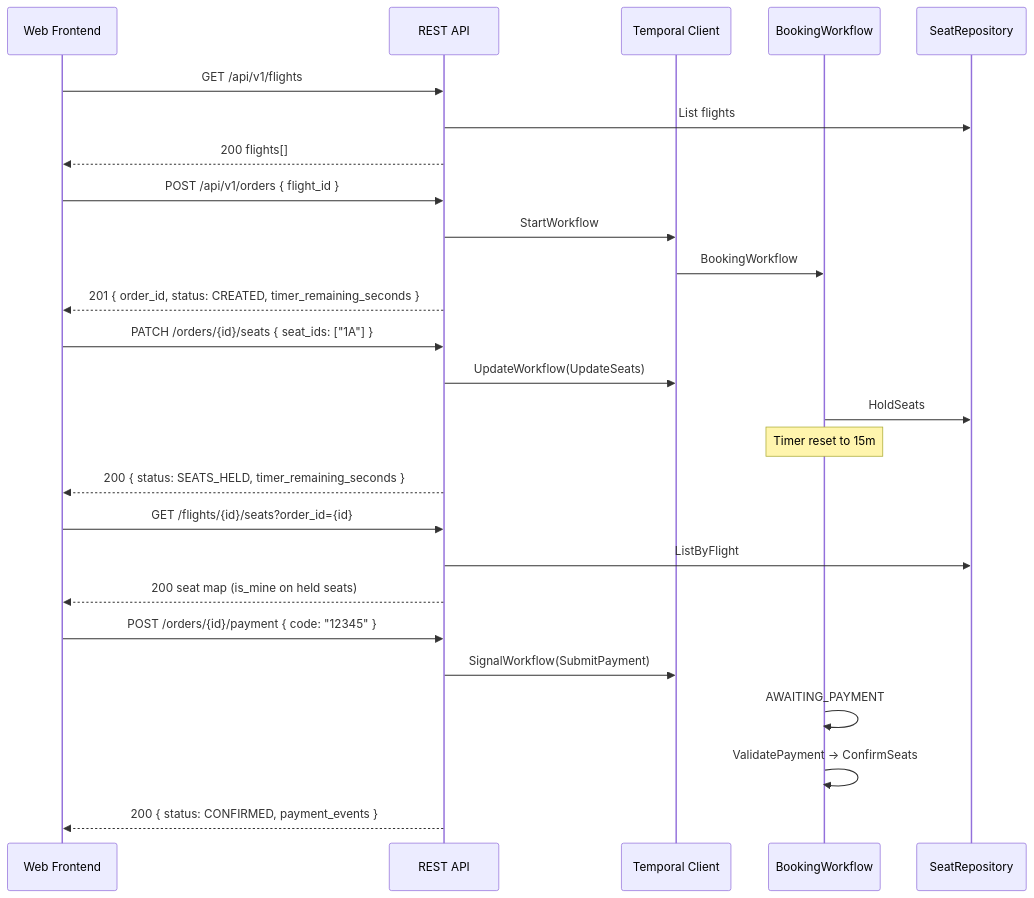
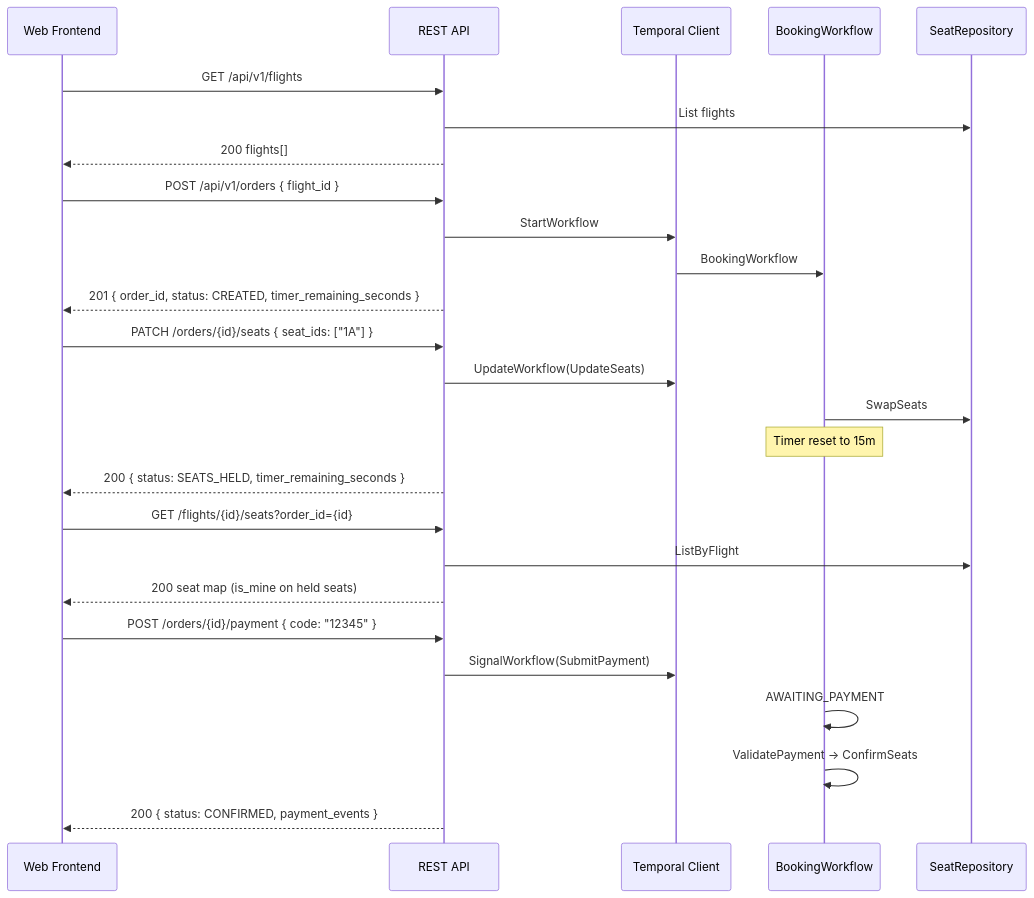
The third of 7 diagrams in docs/design_overview.md (YanShlain/surfai), drawn with Mermaid before and after one commit. The commit also changed other lines of this file and 24 other files, not shown here.

First line of the commit message:
feat(booking): workflow updates, SwapHold, and hold reconciliation

````diff
--- a/docs/design_overview.md
+++ b/docs/design_overview.md
@@ -148,33 +151,33 @@
 ```mermaid
 sequenceDiagram
   participant UI as Web Frontend
   participant API as REST API
   participant TC as Temporal Client
   participant WF as BookingWorkflow
   participant SR as SeatRepository
 
   UI->>API: GET /api/v1/flights
   API->>SR: List flights
   API-->>UI: 200 flights[]
 
   UI->>API: POST /api/v1/orders { flight_id }
   API->>TC: StartWorkflow
   TC->>WF: BookingWorkflow
   API-->>UI: 201 { order_id, status: CREATED, timer_remaining_seconds }
 
   UI->>API: PATCH /orders/{id}/seats { seat_ids: ["1A"] }
   API->>TC: UpdateWorkflow(UpdateSeats)
-  WF->>SR: HoldSeats
+  WF->>SR: SwapSeats
   Note over WF: Timer reset to 15m
   API-->>UI: 200 { status: SEATS_HELD, timer_remaining_seconds }
 
   UI->>API: GET /flights/{id}/seats?order_id={id}
   API->>SR: ListByFlight
   API-->>UI: 200 seat map (is_mine on held seats)
 
   UI->>API: POST /orders/{id}/payment { code: "12345" }
   API->>TC: SignalWorkflow(SubmitPayment)
   WF->>WF: AWAITING_PAYMENT
   WF->>WF: ValidatePayment → ConfirmSeats
   API-->>UI: 200 { status: CONFIRMED, payment_events }
 ```
````
